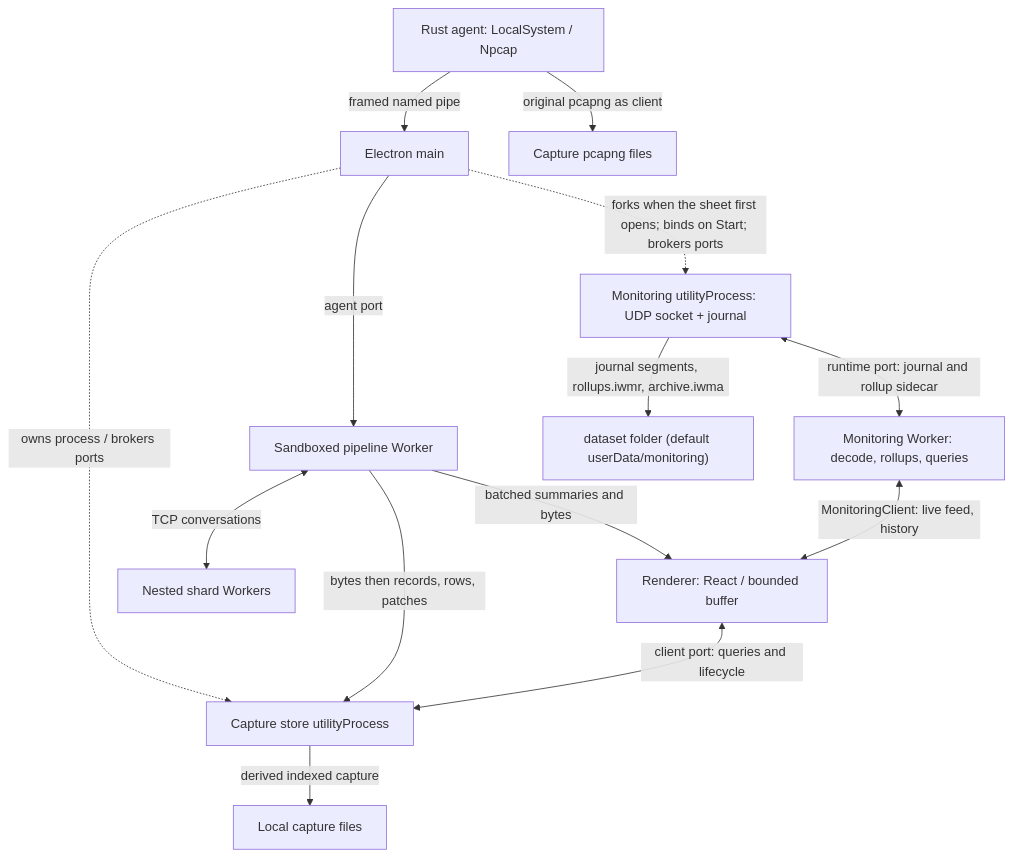
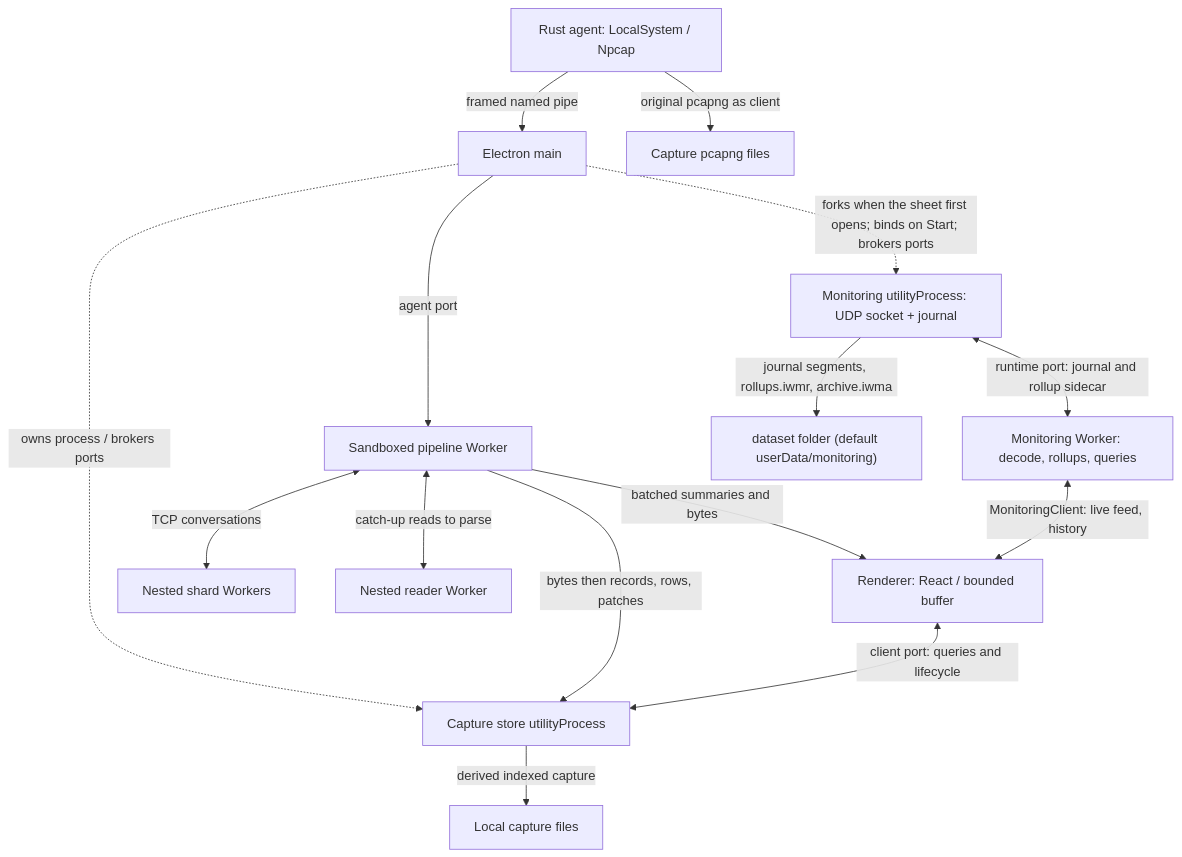
The diagram in docs/architecture.md (Doofess/Inwire), drawn with Mermaid before and after one commit. The commit also changed other lines of this file and 4 other files, not shown here.

Commit message:
ADR 0053: the reader Worker, as built, and the gate it met

````diff
--- a/docs/architecture.md
+++ b/docs/architecture.md
@@ -18,16 +18,17 @@
 ```mermaid
 flowchart TD
   agent["Rust agent: LocalSystem / Npcap"] -->|framed named pipe| main["Electron main"]
   agent -->|original pcapng as client| original["Capture pcapng files"]
   main -->|agent port| pipeline["Sandboxed pipeline Worker"]
   main -.->|owns process / brokers ports| store["Capture store utilityProcess"]
   pipeline -->|bytes then records, rows, patches| store
   pipeline -->|batched summaries and bytes| ui["Renderer: React / bounded buffer"]
   ui <-->|client port: queries and lifecycle| store
   pipeline <-->|TCP conversations| shards["Nested shard Workers"]
+  pipeline <-->|catch-up reads to parse| reader["Nested reader Worker"]
   store -->|derived indexed capture| disk["Local capture files"]
   main -.->|forks when the sheet first opens; binds on Start; brokers ports| mon["Monitoring utilityProcess: UDP socket + journal"]
   mon <-->|runtime port: journal and rollup sidecar| mw["Monitoring Worker: decode, rollups, queries"]
   mw <-->|MonitoringClient: live feed, history| ui
   mon -->|journal segments, rollups.iwmr, archive.iwma| mdisk["dataset folder (default userData/monitoring)"]
 ```
````
